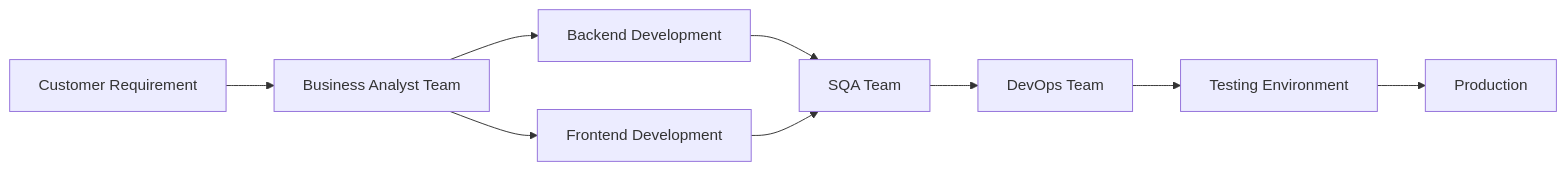
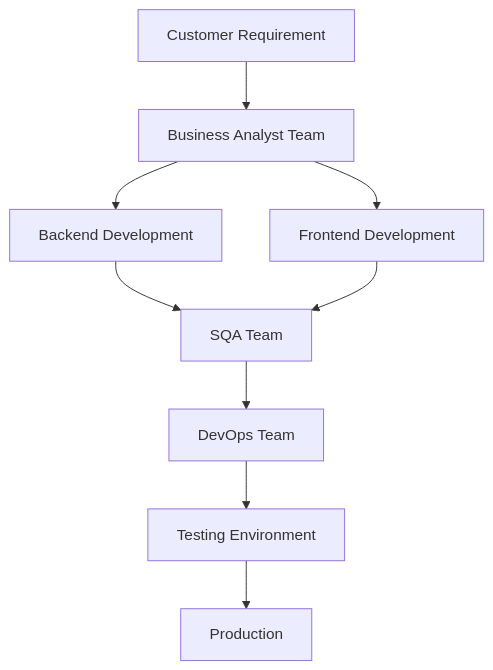
One commit to peopledesk-app/engineering-blueprint changed the second of 4 diagrams in peopledesk-ba-workspace/README.md. Above: the diagram before and after it, drawn with Mermaid. The commit also changed other lines of this file, not shown here.

First line of the commit message:
Reorient overview diagrams vertically for readable GitHub rendering

````diff
--- a/peopledesk-ba-workspace/README.md
+++ b/peopledesk-ba-workspace/README.md
@@ -80,12 +80,12 @@
 ```mermaid
-flowchart LR
+flowchart TB
 
 A[Customer Requirement] --> B[Business Analyst Team]
 B --> C[Backend Development]
 B --> D[Frontend Development]
 C --> E[SQA Team]
 D --> E
 E --> F[DevOps Team]
 F --> G[Testing Environment]
 G --> H[Production]
 ```
````
